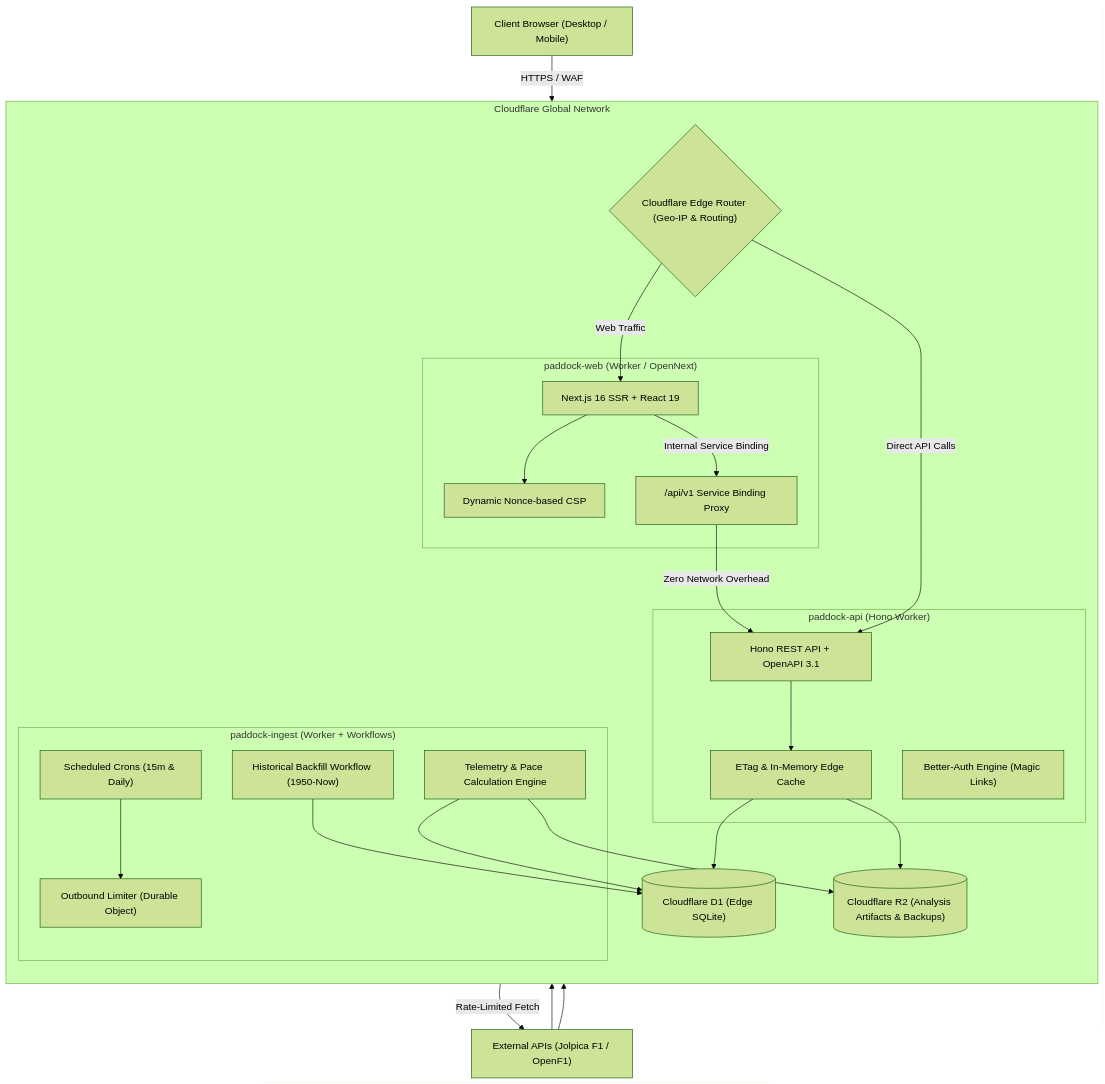
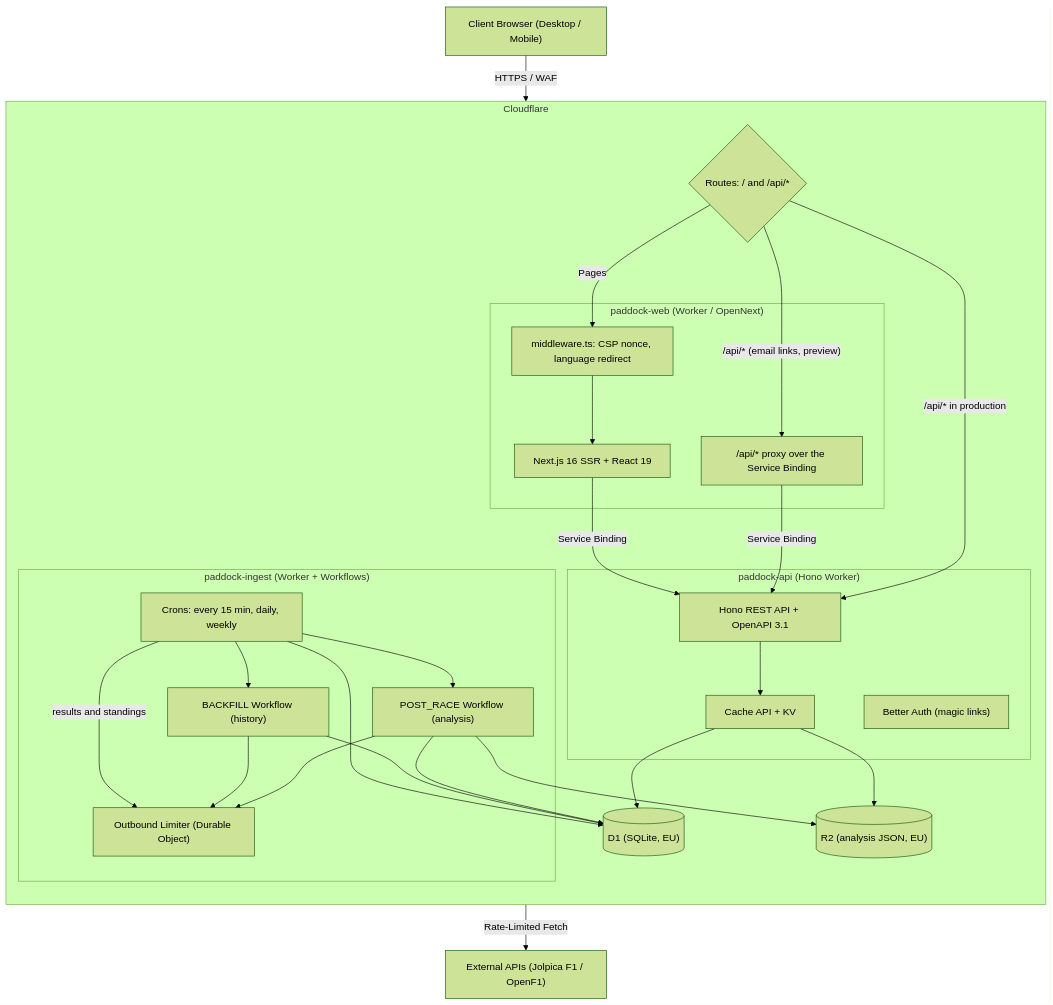
Before and after one commit to marcmendezb/paddock-notes: the diagram in README.md, drawn with Mermaid (forest theme). The commit also changed other lines of this file and 209 other files, not shown here.

````diff
--- a/README.md
+++ b/README.md
@@ -39,52 +40,56 @@
 ```mermaid
 flowchart TD
     Client["Client Browser (Desktop / Mobile)"]
 
-    subgraph Cloudflare Edge ["Cloudflare Global Network"]
+    subgraph edge ["Cloudflare"]
         direction TB
 
-        Router{"Cloudflare Edge Router (Geo-IP & Routing)"}
+        Router{"Routes: / and /api/*"}
 
         subgraph paddock_web ["paddock-web (Worker / OpenNext)"]
             SSR["Next.js 16 SSR + React 19"]
-            Nonce["Dynamic Nonce-based CSP"]
-            Proxy["/api/v1 Service Binding Proxy"]
+            Nonce["middleware.ts: CSP nonce, language redirect"]
+            Proxy["/api/* proxy over the Service Binding"]
         end
 
         subgraph paddock_api ["paddock-api (Hono Worker)"]
             Hono["Hono REST API + OpenAPI 3.1"]
-            Auth["Better-Auth Engine (Magic Links)"]
-            Cache["ETag & In-Memory Edge Cache"]
+            Auth["Better Auth (magic links)"]
+            Cache["Cache API + KV"]
         end
 
         subgraph paddock_ingest ["paddock-ingest (Worker + Workflows)"]
-            Cron["Scheduled Crons (15m & Daily)"]
+            Cron["Crons: every 15 min, daily, weekly"]
             Limiter["Outbound Limiter (Durable Object)"]
-            Backfill["Historical Backfill Workflow (1950-Now)"]
-            Analytics["Telemetry & Pace Calculation Engine"]
+            Backfill["BACKFILL Workflow (history)"]
+            Analytics["POST_RACE Workflow (analysis)"]
         end
 
-        D1[("Cloudflare D1 (Edge SQLite)")]
-        R2[("Cloudflare R2 (Analysis Artifacts & Backups)")]
+        D1[("D1 (SQLite, EU)")]
+        R2[("R2 (analysis JSON, EU)")]
     end
 
     External_APIs["External APIs (Jolpica F1 / OpenF1)"]
 
     Client -->|HTTPS / WAF| Router
-    Router -->|Web Traffic| SSR
-    SSR --> Nonce
-    SSR -->|Internal Service Binding| Proxy
-    Proxy -->|Zero Network Overhead| Hono
-    Router -->|Direct API Calls| Hono
+    Router -->|Pages| Nonce
+    Nonce --> SSR
+    SSR -->|Service Binding| Hono
+    Router -->|"/api/* (email links, preview)"| Proxy
+    Proxy -->|Service Binding| Hono
+    Router -->|"/api/* in production"| Hono
     Hono --> Cache
     Cache --> D1
     Cache --> R2
 
-    Cron --> Limiter
+    Cron -->|results and standings| Limiter
+    Cron --> D1
+    Cron --> Backfill
+    Cron --> Analytics
+    Backfill --> Limiter
+    Analytics --> Limiter
     Limiter -->|Rate-Limited Fetch| External_APIs
-    External_APIs --> Backfill
-    External_APIs --> Analytics
     Backfill --> D1
     Analytics --> D1
     Analytics --> R2
 ```
````
